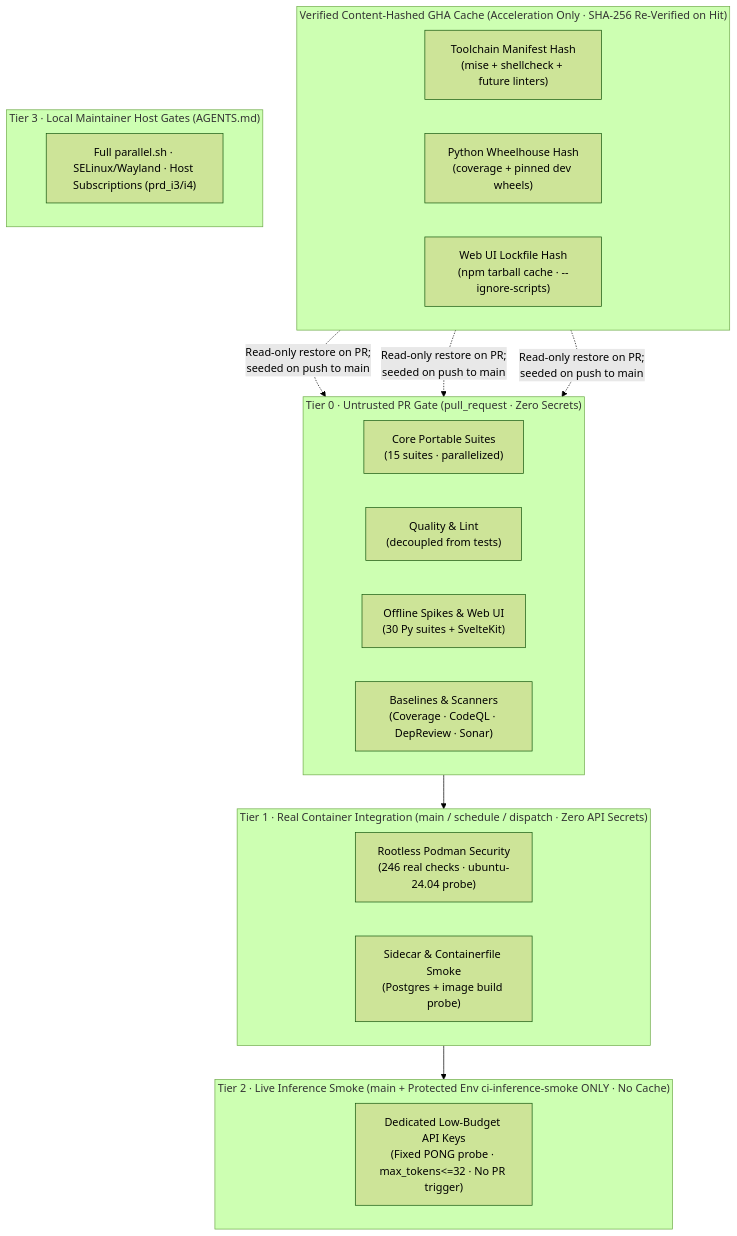
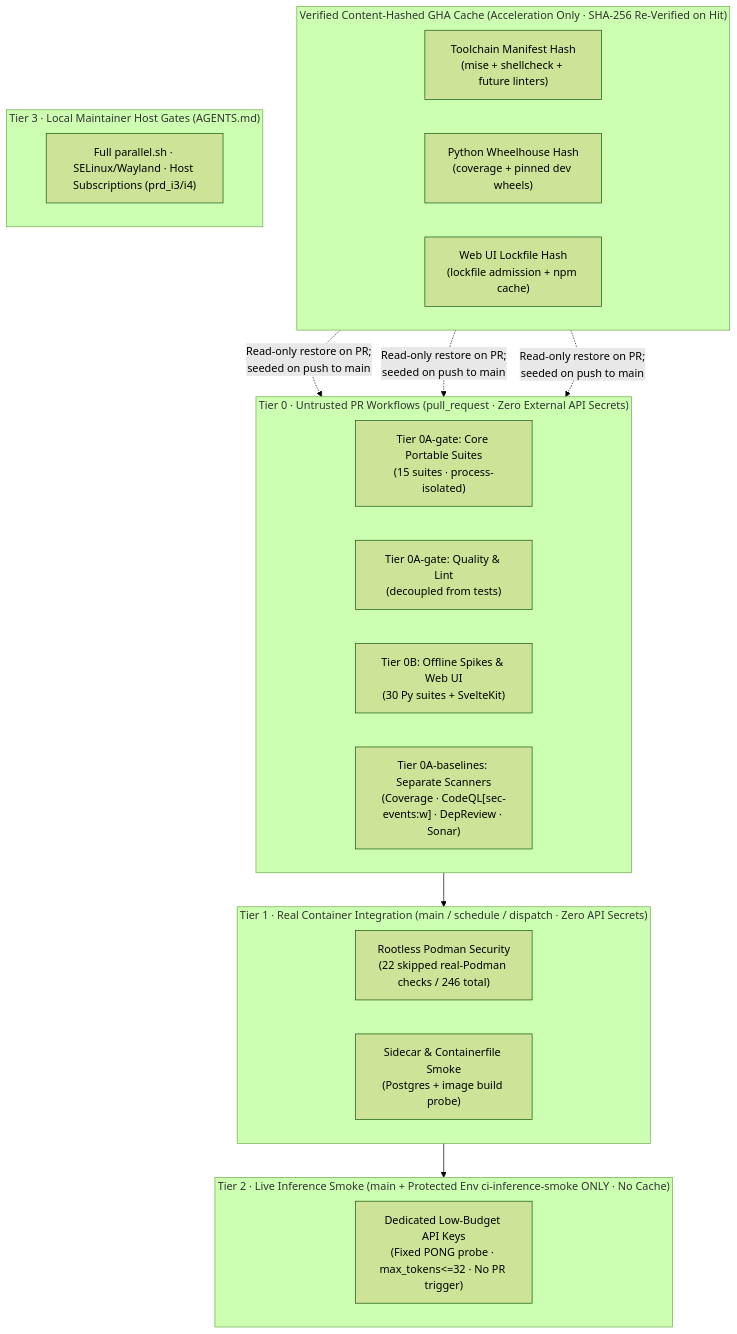
One commit to gorban/opencode-sandbox changed the diagram in docs/prds/prd_o.md. Above: the diagram before and after it, drawn with Mermaid (forest theme). The commit also changed other lines of this file and 3 other files, not shown here.

````diff
--- a/docs/prds/prd_o.md
+++ b/docs/prds/prd_o.md
@@ -67,35 +69,35 @@
 ```mermaid
 flowchart TB
-    subgraph T0["Tier 0 · Untrusted PR Gate (pull_request · Zero Secrets)"]
+    subgraph T0["Tier 0 · Untrusted PR Workflows (pull_request · Zero External API Secrets)"]
         direction LR
-        T0A["Core Portable Suites\n(15 suites · parallelized)"]
-        T0Q["Quality & Lint\n(decoupled from tests)"]
-        T0B["Offline Spikes & Web UI\n(30 Py suites + SvelteKit)"]
-        T0S["Baselines & Scanners\n(Coverage · CodeQL · DepReview · Sonar)"]
+        T0A["Tier 0A-gate: Core Portable Suites\n(15 suites · process-isolated)"]
+        T0Q["Tier 0A-gate: Quality & Lint\n(decoupled from tests)"]
+        T0B["Tier 0B: Offline Spikes & Web UI\n(30 Py suites + SvelteKit)"]
+        T0S["Tier 0A-baselines: Separate Scanners\n(Coverage · CodeQL[sec-events:w] · DepReview · Sonar)"]
     end
 
     subgraph CACHE["Verified Content-Hashed GHA Cache (Acceleration Only · SHA-256 Re-Verified on Hit)"]
         C1["Toolchain Manifest Hash\n(mise + shellcheck + future linters)"]
         C2["Python Wheelhouse Hash\n(coverage + pinned dev wheels)"]
-        C3["Web UI Lockfile Hash\n(npm tarball cache · --ignore-scripts)"]
+        C3["Web UI Lockfile Hash\n(lockfile admission + npm cache)"]
     end
 
     subgraph T1["Tier 1 · Real Container Integration (main / schedule / dispatch · Zero API Secrets)"]
-        T1P["Rootless Podman Security\n(246 real checks · ubuntu-24.04 probe)"]
+        T1P["Rootless Podman Security\n(22 skipped real-Podman checks / 246 total)"]
         T1G["Sidecar & Containerfile Smoke\n(Postgres + image build probe)"]
     end
 
     subgraph T2["Tier 2 · Live Inference Smoke (main + Protected Env ci-inference-smoke ONLY · No Cache)"]
         T2I["Dedicated Low-Budget API Keys\n(Fixed PONG probe · max_tokens<=32 · No PR trigger)"]
     end
 
     subgraph T3["Tier 3 · Local Maintainer Host Gates (AGENTS.md)"]
         T3H["Full parallel.sh · SELinux/Wayland · Host Subscriptions (prd_i3/i4)"]
     end
 
     CACHE -. "Read-only restore on PR;\nseeded on push to main" .-> T0Q
     CACHE -. "Read-only restore on PR;\nseeded on push to main" .-> T0B
     CACHE -. "Read-only restore on PR;\nseeded on push to main" .-> T0S
     T0 --> T1
     T1 --> T2
 ```
````
